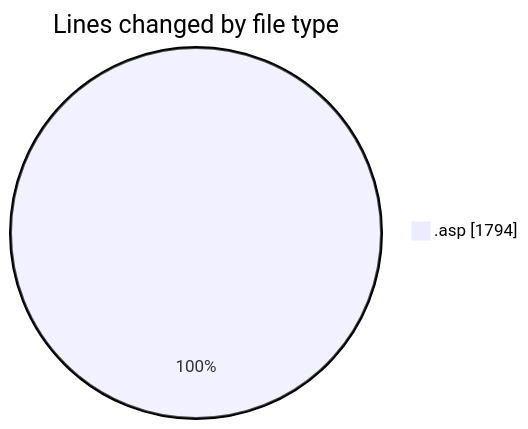
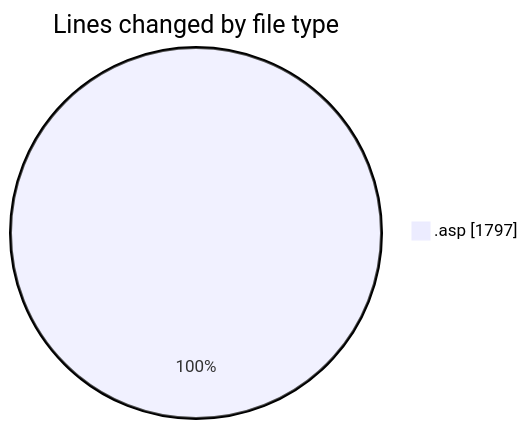
The first of 2 diagrams in 2025-11-26/cdp_aleoudev_fr__workspace_/README.md (julien-gomy/code-tracking), drawn with Mermaid before and after one commit. The commit also changed other lines of this file and 1 other file, not shown here.

````diff
--- a/2025-11-26/cdp_aleoudev_fr__workspace_/README.md
+++ b/2025-11-26/cdp_aleoudev_fr__workspace_/README.md
@@ -21,5 +21,5 @@
 ```mermaid
 pie showData
 title Lines changed by file type
-".asp" : 1794
+".asp" : 1797
 ```
````
